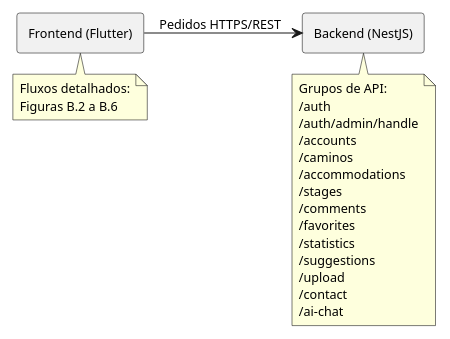
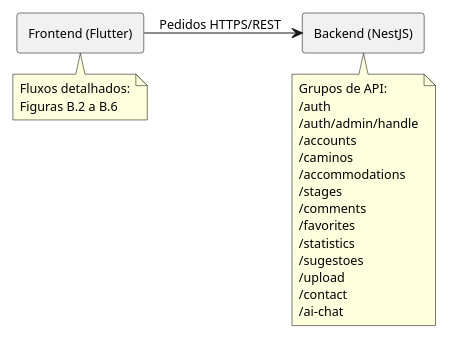
Before and after one commit to alegna83/cookbook-be: the diagram in docs/diagrams/communication-overview.puml, drawn with PlantUML. The commit also changed 5 other files, not shown here.

```diff
--- a/docs/diagrams/communication-overview.puml
+++ b/docs/diagrams/communication-overview.puml
@@ -1,41 +1,41 @@
 @startuml
 scale 0.88
 left to right direction
 skinparam defaultFontName Arial
 skinparam defaultFontSize 11
 skinparam componentStyle rectangle
 skinparam component {
   Padding 8
 }
 skinparam ArrowThickness 1
 skinparam nodesep 18
 skinparam ranksep 18
 
 component "Frontend (Flutter)" as FE
 component "Backend (NestJS)" as BE
 
 FE --> BE : Pedidos HTTPS/REST
 
 note bottom of FE
   Fluxos detalhados:
   Figuras B.2 a B.6
 end note
 
 note bottom of BE
   Grupos de API:
   /auth
   /auth/admin/handle
   /accounts
   /caminos
   /accommodations
   /stages
   /comments
   /favorites
   /statistics
-  /suggestions
+  /sugestoes
   /upload
   /contact
   /ai-chat
 end note
 
 @enduml
```
